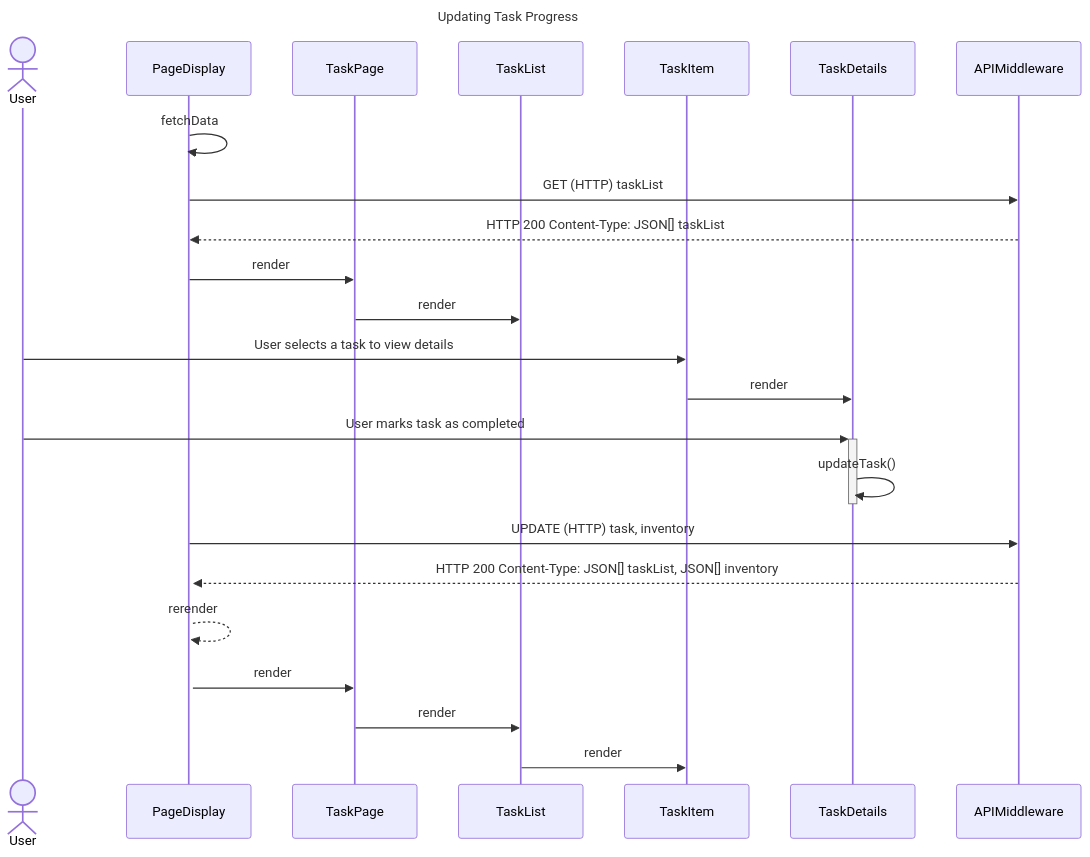
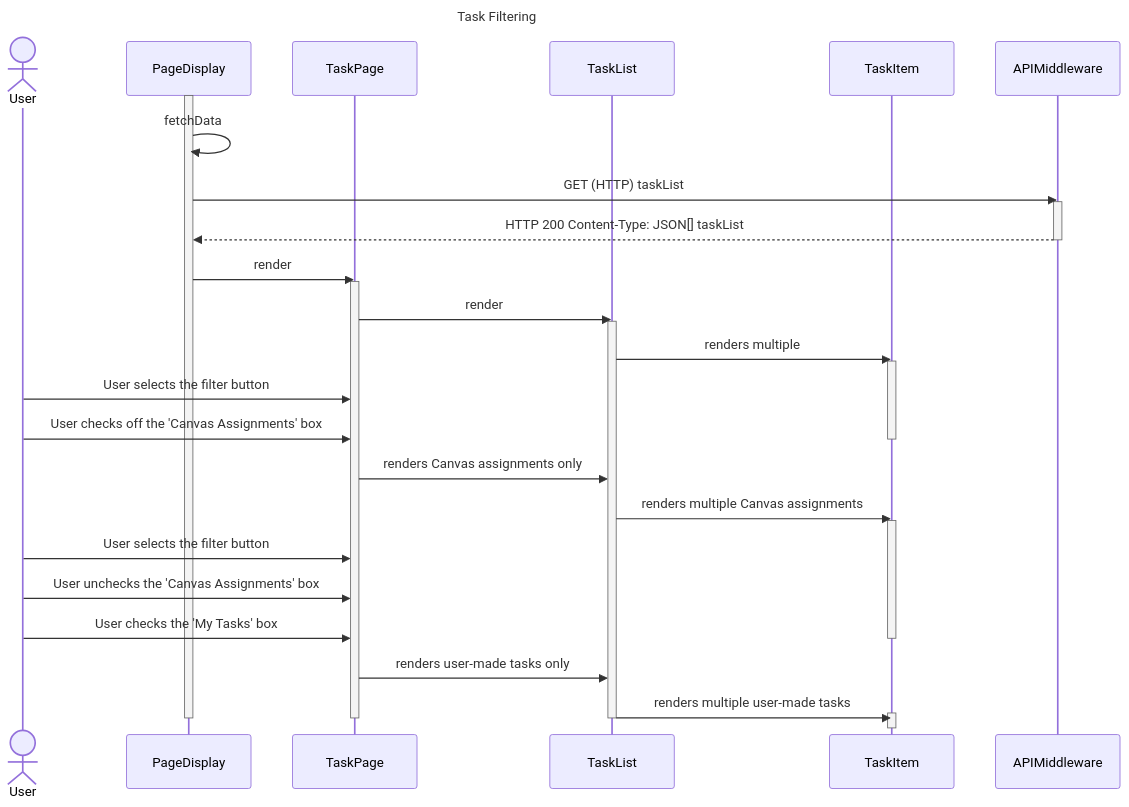
The sixth of 7 diagrams in documentation/docs/system-architecture/sequence-diagrams.md (Capstone-Projects-2023-Spring/project-virtual-pet), drawn with Mermaid before and after one commit. The commit also changed other lines of this file and 1 other file, not shown here.

````diff
--- a/documentation/docs/system-architecture/sequence-diagrams.md
+++ b/documentation/docs/system-architecture/sequence-diagrams.md
@@ -305,33 +258,45 @@
 ```mermaid
 sequenceDiagram
-    title Updating Task Progress
+    title Task Filtering 
     actor User as User
     participant PageDisplay
     participant TaskPage
     participant TaskList
     participant TaskItem
-    participant TaskDetails
     participant APIMiddleware
     
+    activate PageDisplay
     PageDisplay ->> PageDisplay: fetchData
     PageDisplay ->> APIMiddleware: GET (HTTP) taskList
+    activate APIMiddleware
     APIMiddleware -->> PageDisplay: HTTP 200 Content-Type: JSON[] taskList
+    deactivate APIMiddleware
     PageDisplay ->> TaskPage: render
+    activate TaskPage
     TaskPage ->> TaskList: render
+    activate TaskList
+    TaskList ->> TaskItem: renders multiple
+    activate TaskItem
+    
 
-    User->>TaskItem: User selects a task to view details
-    TaskItem->>TaskDetails: render
+    User->>TaskPage: User selects the filter button
+    User->>TaskPage: User checks off the 'Canvas Assignments' box
+    deactivate TaskItem
+    TaskPage->>TaskList: renders Canvas assignments only
+    TaskList ->> TaskItem: renders multiple Canvas assignments
+    activate TaskItem
 
-    User ->>+ TaskDetails: User marks task as completed
-    TaskDetails ->> TaskDetails: updateTask()
-    deactivate TaskDetails
+    User->>TaskPage: User selects the filter button
+    User->>TaskPage: User unchecks the 'Canvas Assignments' box
+    User->>TaskPage: User checks the 'My Tasks' box
+    deactivate TaskItem
+    TaskPage->>TaskList: renders user-made tasks only
+    TaskList ->> TaskItem: renders multiple user-made tasks
+    activate TaskItem
 
-    PageDisplay ->> APIMiddleware: UPDATE (HTTP) task, inventory
-    APIMiddleware-->>+PageDisplay: HTTP 200 Content-Type: JSON[] taskList, JSON[] inventory
-    PageDisplay-->>PageDisplay: rerender
-    
-    PageDisplay->>TaskPage: render
-    TaskPage->>TaskList: render
-    TaskList->>TaskItem: render
+    deactivate PageDisplay
+    deactivate TaskPage
+    deactivate TaskList
+    deactivate TaskItem
     
 ```
````
